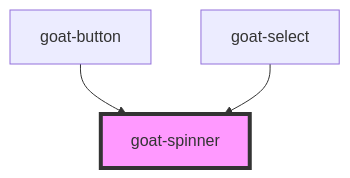
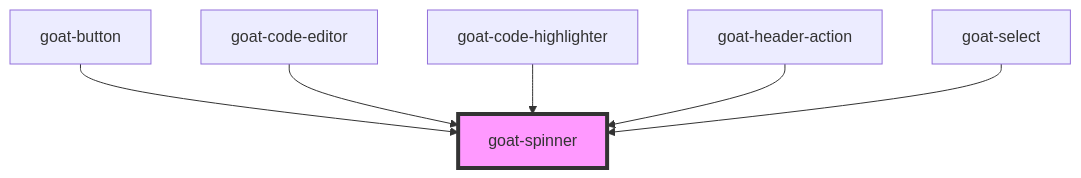
Before and after one commit to goatui/components: the diagram in src/components/content/spinner/readme.md, drawn with Mermaid. The commit also changed other lines of this file and 78 other files, not shown here.

````diff
--- a/src/components/content/spinner/readme.md
+++ b/src/components/content/spinner/readme.md
@@ -23,6 +26,9 @@
 ```mermaid
 graph TD;
   goat-button --> goat-spinner
+  goat-code-editor --> goat-spinner
+  goat-code-highlighter --> goat-spinner
+  goat-header-action --> goat-spinner
   goat-select --> goat-spinner
   style goat-spinner fill:#f9f,stroke:#333,stroke-width:4px
 ```
````
